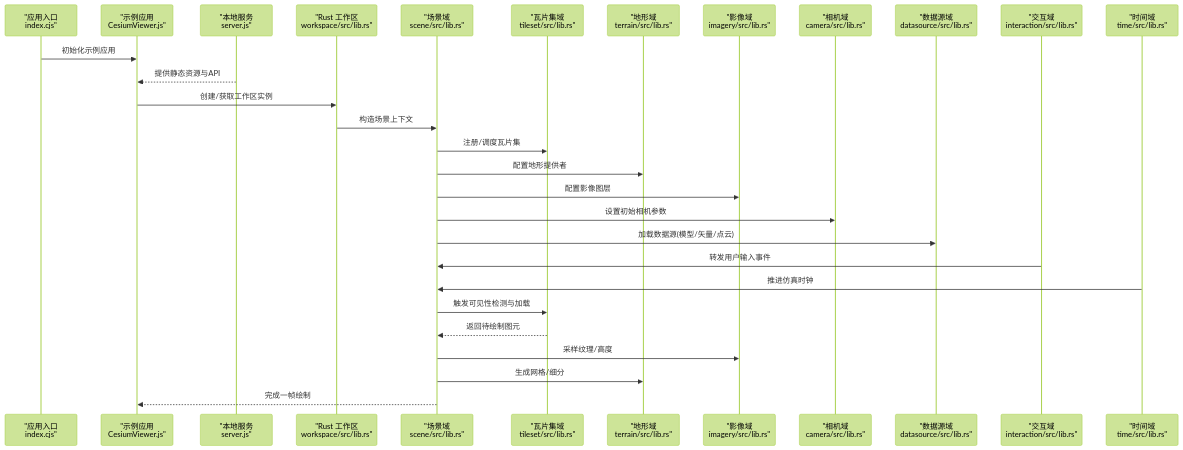
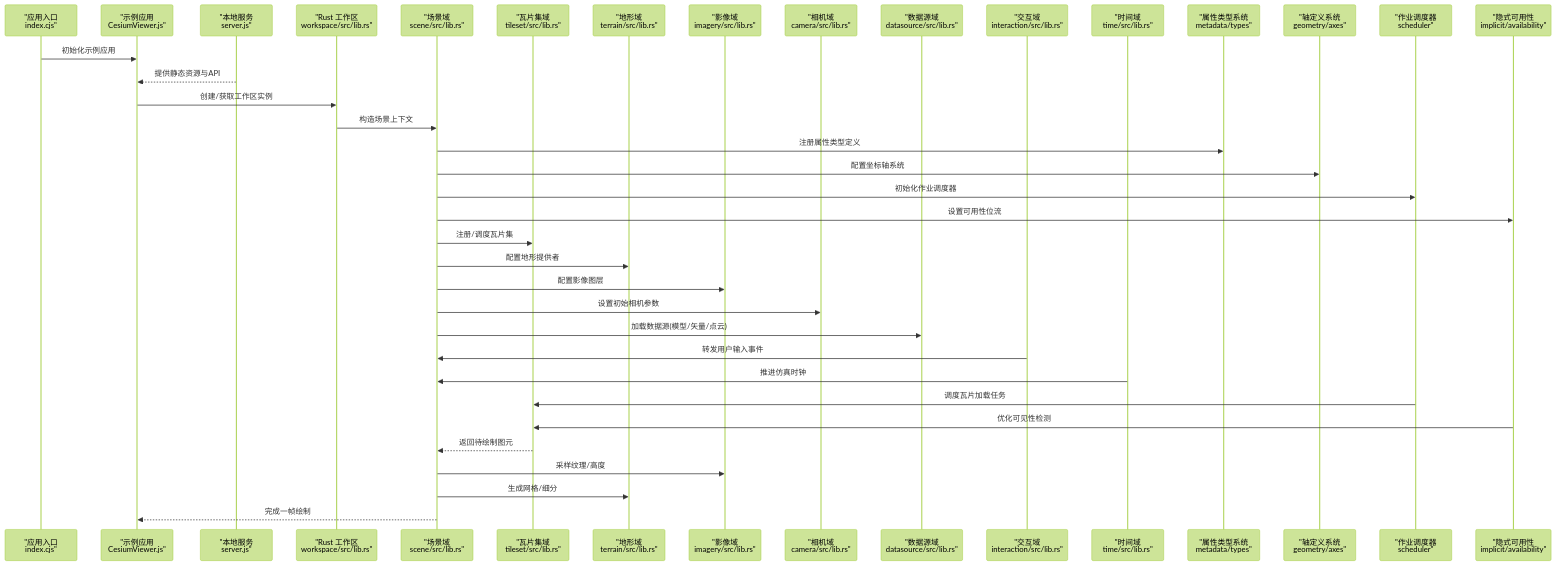
Before and after one commit to rzhangjing/cesium: the second of 14 diagrams in .qoder/repowiki/zh/content/场景管理/场景管理架构.md, drawn with Mermaid (forest theme). The commit also changed other lines of this file and 90 other files, not shown here.

````diff
--- a/.qoder/repowiki/zh/content/场景管理/场景管理架构.md
+++ b/.qoder/repowiki/zh/content/场景管理/场景管理架构.md
@@ -128,31 +144,40 @@
 ```mermaid
 sequenceDiagram
 participant App as "应用入口<br/>index.cjs"
 participant Viewer as "示例应用<br/>CesiumViewer.js"
 participant Server as "本地服务<br/>server.js"
 participant Workspace as "Rust 工作区<br/>workspace/src/lib.rs"
 participant Scene as "场景域<br/>scene/src/lib.rs"
 participant Tileset as "瓦片集域<br/>tileset/src/lib.rs"
 participant Terrain as "地形域<br/>terrain/src/lib.rs"
 participant Imagery as "影像域<br/>imagery/src/lib.rs"
 participant Camera as "相机域<br/>camera/src/lib.rs"
 participant DataSource as "数据源域<br/>datasource/src/lib.rs"
 participant Interaction as "交互域<br/>interaction/src/lib.rs"
 participant Time as "时间域<br/>time/src/lib.rs"
+participant Metadata as "属性类型系统<br/>metadata/types"
+participant Axes as "轴定义系统<br/>geometry/axes"
+participant Scheduler as "作业调度器<br/>scheduler"
+participant Implicit as "隐式可用性<br/>implicit/availability"
 App->>Viewer : 初始化示例应用
 Server-->>Viewer : 提供静态资源与API
 Viewer->>Workspace : 创建/获取工作区实例
 Workspace->>Scene : 构造场景上下文
+Scene->>Metadata : 注册属性类型定义
+Scene->>Axes : 配置坐标轴系统
+Scene->>Scheduler : 初始化作业调度器
+Scene->>Implicit : 设置可用性位流
 Scene->>Tileset : 注册/调度瓦片集
 Scene->>Terrain : 配置地形提供者
 Scene->>Imagery : 配置影像图层
 Scene->>Camera : 设置初始相机参数
 Scene->>DataSource : 加载数据源(模型/矢量/点云)
 Interaction->>Scene : 转发用户输入事件
 Time->>Scene : 推进仿真时钟
-Scene->>Tileset : 触发可见性检测与加载
+Scheduler->>Tileset : 调度瓦片加载任务
+Implicit->>Tileset : 优化可见性检测
 Tileset-->>Scene : 返回待绘制图元
 Scene->>Imagery : 采样纹理/高度
 Scene->>Terrain : 生成网格/细分
 Scene-->>Viewer : 完成一帧绘制
 ```
````
